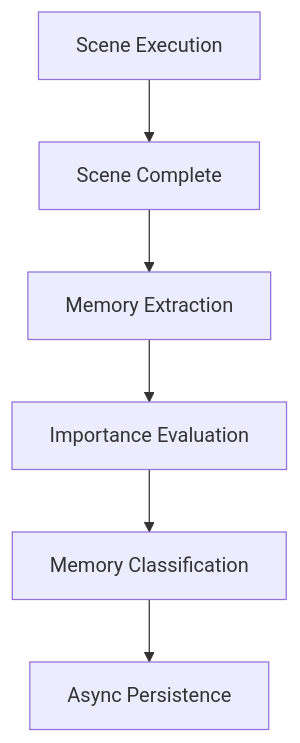
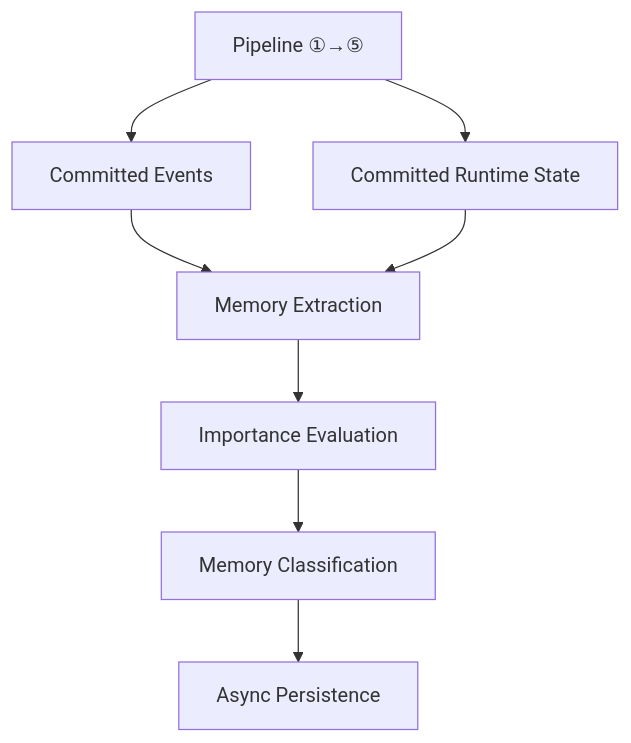
Before and after one commit to yueseyeyu/ai-narrative-rpg-engine: the first of 3 diagrams in docs/02_Architecture/Memory_Architecture_Blueprint.md, drawn with Mermaid. The commit also changed other lines of this file and 43 other files, not shown here.

Commit message:
feat: Architecture Baseline v1.0 Frozen + MVP-0 Validation (4/4 contract tests passing)

````diff
--- a/docs/02_Architecture/Memory_Architecture_Blueprint.md
+++ b/docs/02_Architecture/Memory_Architecture_Blueprint.md
@@ -184,8 +195,10 @@
 ```mermaid
 flowchart TD
-    A[Scene Execution] --> B[Scene Complete]
-    B --> C[Memory Extraction]
-    C --> D[Importance Evaluation]
-    D --> E[Memory Classification]
-    E --> F[Async Persistence]
+    PIPE[Pipeline ①→⑤] --> EVT[Committed Events]
+    PIPE --> STATE[Committed Runtime State]
+    EVT --> ME[Memory Extraction]
+    STATE --> ME
+    ME --> IE[Importance Evaluation]
+    IE --> MC[Memory Classification]
+    MC --> AP[Async Persistence]
 ```
````
